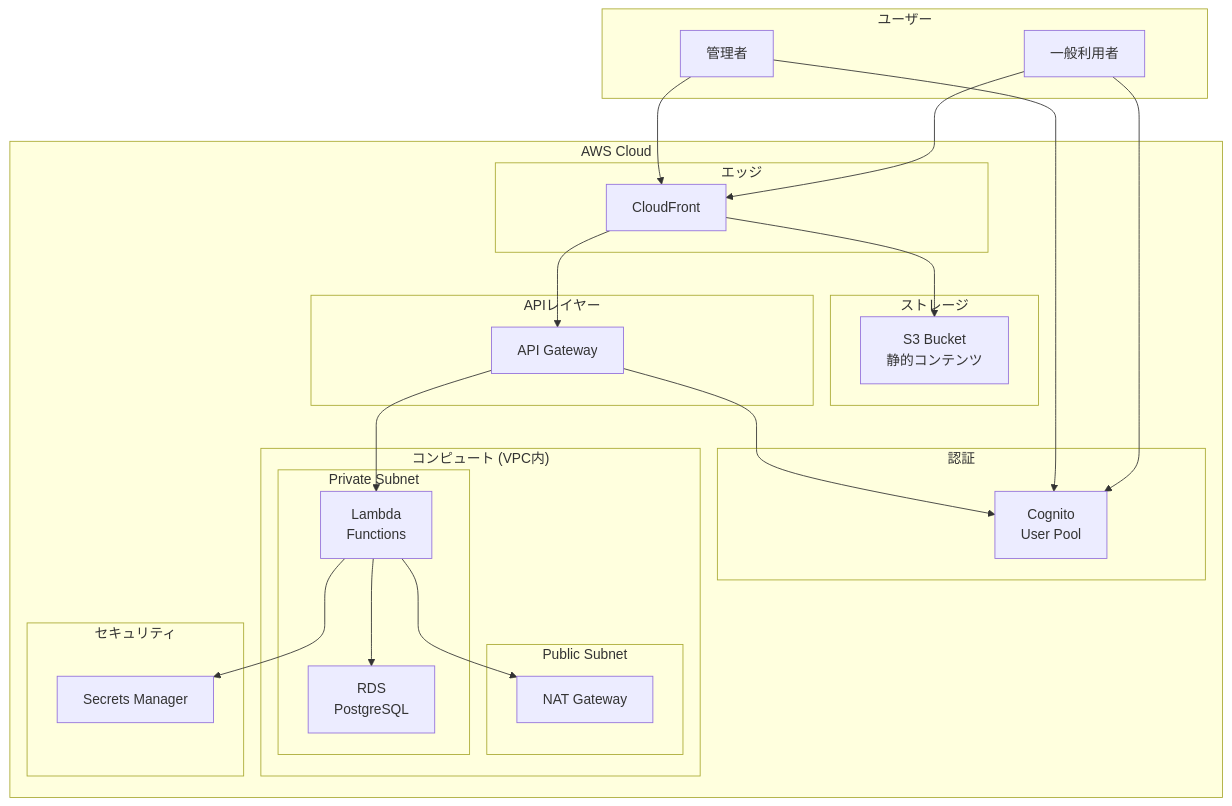
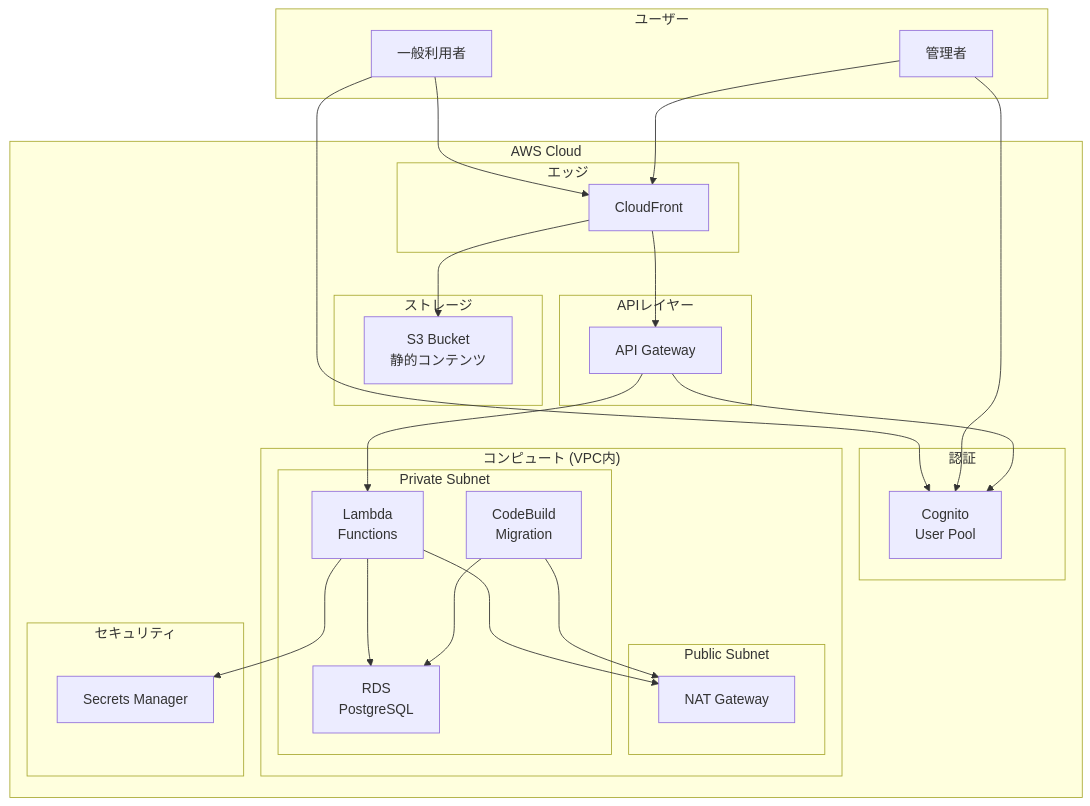
The first of 9 diagrams in docs/system-architecture.md (MizukiAono/zousho), drawn with Mermaid before and after one commit. The commit also changed other lines of this file and 2 other files, not shown here.

````diff
--- a/docs/system-architecture.md
+++ b/docs/system-architecture.md
@@ -7,51 +7,54 @@
 ```mermaid
 flowchart TB
     subgraph Users["ユーザー"]
         User["一般利用者"]
         Admin["管理者"]
     end
 
     subgraph AWS["AWS Cloud"]
         subgraph Edge["エッジ"]
             CF["CloudFront"]
         end
 
         subgraph Storage["ストレージ"]
             S3["S3 Bucket<br/>静的コンテンツ"]
         end
 
         subgraph Auth["認証"]
             Cognito["Cognito<br/>User Pool"]
         end
 
         subgraph API["APIレイヤー"]
             APIGW["API Gateway"]
         end
 
         subgraph Compute["コンピュート (VPC内)"]
             subgraph PublicSubnet["Public Subnet"]
                 NAT["NAT Gateway"]
             end
             subgraph PrivateSubnet["Private Subnet"]
                 Lambda["Lambda<br/>Functions"]
+                CodeBuild["CodeBuild<br/>Migration"]
                 RDS["RDS<br/>PostgreSQL"]
             end
         end
 
         subgraph Security["セキュリティ"]
             SM["Secrets Manager"]
         end
     end
 
     User --> CF
     Admin --> CF
     CF --> S3
     CF --> APIGW
     User --> Cognito
     Admin --> Cognito
     APIGW --> Cognito
     APIGW --> Lambda
     Lambda --> RDS
     Lambda --> SM
     Lambda --> NAT
+    CodeBuild --> RDS
+    CodeBuild --> NAT
 ```
````
